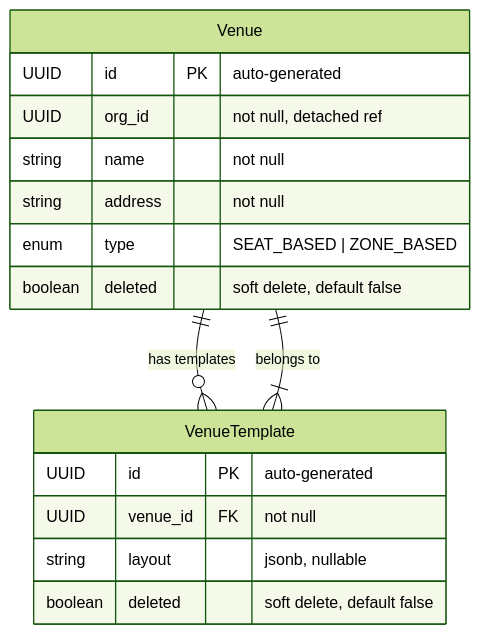
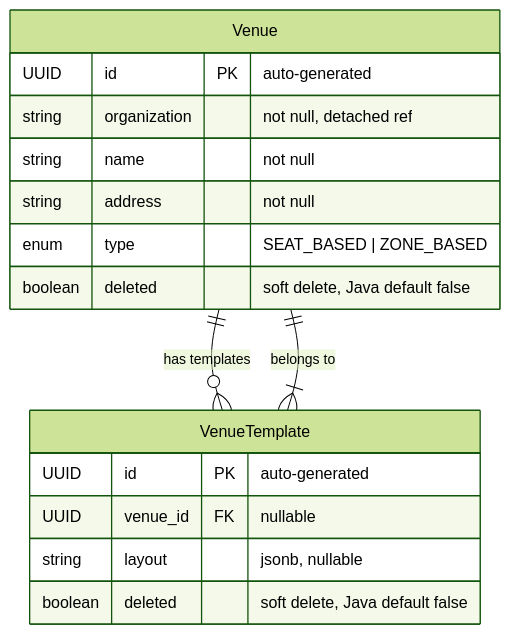
Before and after one commit to Ticket-Souq/TicketSouq: the diagram in docs/services/venue-service/erd.md, drawn with Mermaid (forest theme). The commit also changed other lines of this file and 23 other files, not shown here.

````diff
--- a/docs/services/venue-service/erd.md
+++ b/docs/services/venue-service/erd.md
@@ -11,24 +11,24 @@
 ```mermaid
 erDiagram
   Venue ||--o{ VenueTemplate : "has templates"
   %% Source: venue-service/src/main/java/.../model/Venue.java:34-35 (@OneToMany mappedBy = "venue")
 
   VenueTemplate }|--|| Venue : "belongs to"
   %% Source: venue-service/src/main/java/.../model/VenueTemplate.java:24-26 (@ManyToOne + @JoinColumn)
 
   Venue {
     UUID id PK "auto-generated"
-    UUID org_id "not null, detached ref"
+    string organization "not null, detached ref"
     string name "not null"
     string address "not null"
     enum type "SEAT_BASED | ZONE_BASED"
-    boolean deleted "soft delete, default false"
+    boolean deleted "soft delete, Java default false"
   }
 
   VenueTemplate {
     UUID id PK "auto-generated"
-    UUID venue_id FK "not null"
+    UUID venue_id FK "nullable"
     string layout "jsonb, nullable"
-    boolean deleted "soft delete, default false"
+    boolean deleted "soft delete, Java default false"
   }
 ```
````
